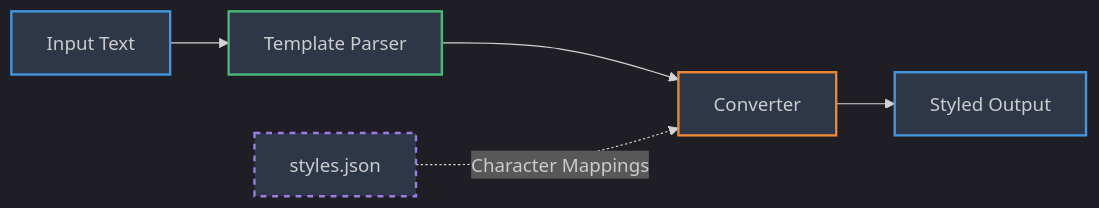
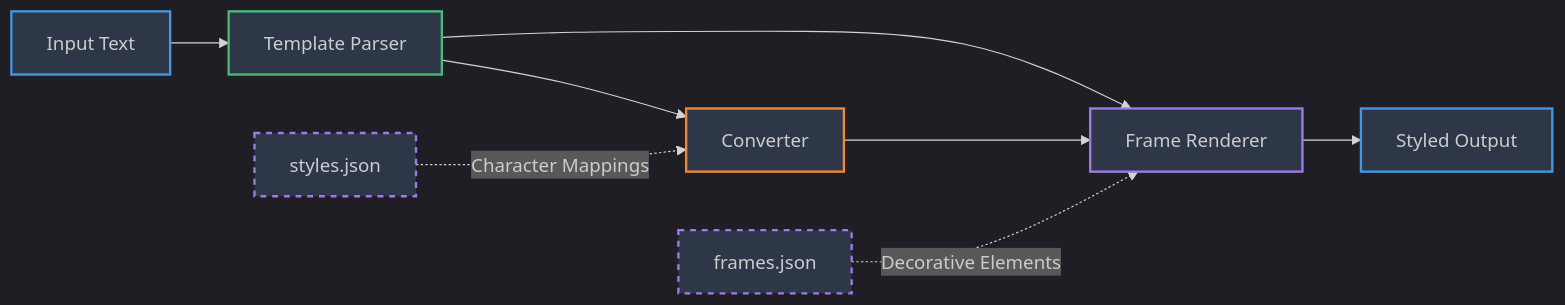
The first of 10 diagrams in docs/ARCHITECTURE.md (blackwell-systems/mdfx), drawn with Mermaid before and after one commit. The commit also changed other lines of this file and 11 other files, not shown here.

````diff
--- a/docs/ARCHITECTURE.md
+++ b/docs/ARCHITECTURE.md
@@ -21,15 +21,20 @@
 ```mermaid
 %%{init: {'theme':'dark'}}%%
 graph LR
     A[Input Text] --> B[Template Parser]
     B --> C[Converter]
-    C --> D[Styled Output]
+    B --> F[Frame Renderer]
+    C --> F
+    F --> D[Styled Output]
 
     E[styles.json] -.->|Character Mappings| C
+    G[frames.json] -.->|Decorative Elements| F
 
     style A fill:#2d3748,stroke:#4299e1,stroke-width:2px
     style B fill:#2d3748,stroke:#48bb78,stroke-width:2px
     style C fill:#2d3748,stroke:#ed8936,stroke-width:2px
+    style F fill:#2d3748,stroke:#9f7aea,stroke-width:2px
     style D fill:#2d3748,stroke:#4299e1,stroke-width:2px
     style E fill:#2d3748,stroke:#9f7aea,stroke-width:2px,stroke-dasharray: 5 5
+    style G fill:#2d3748,stroke:#9f7aea,stroke-width:2px,stroke-dasharray: 5 5
 ```
````
